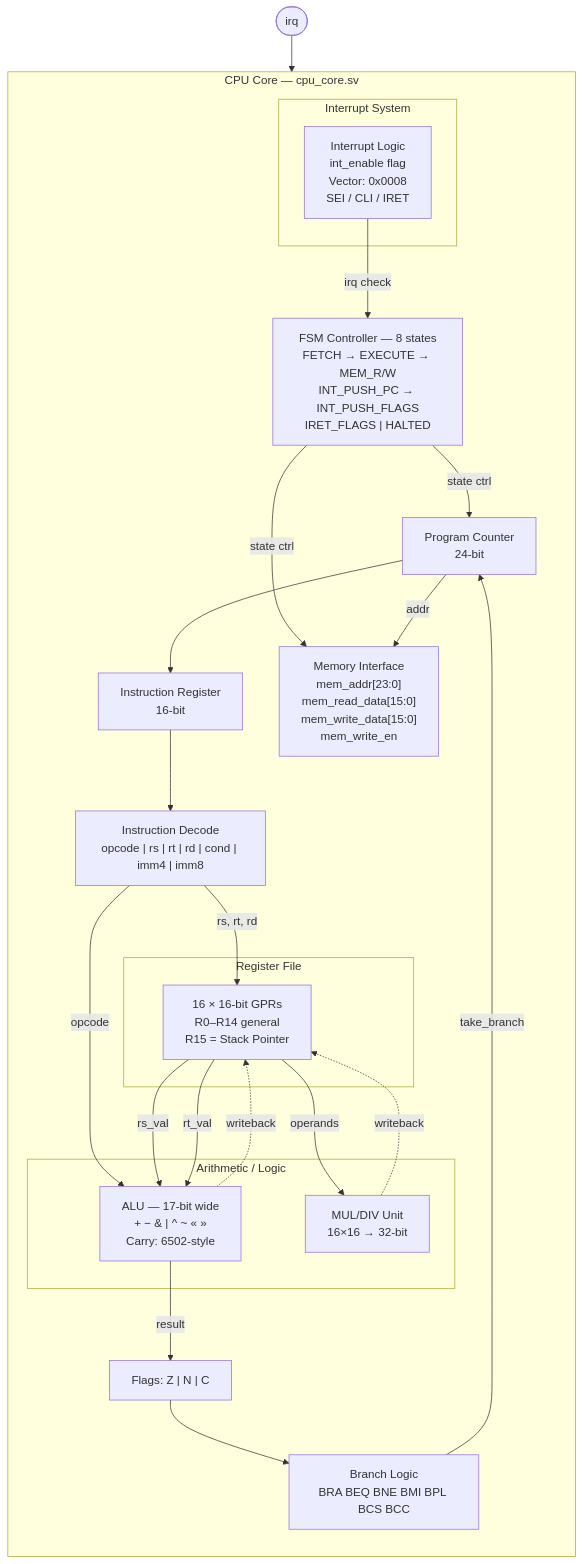
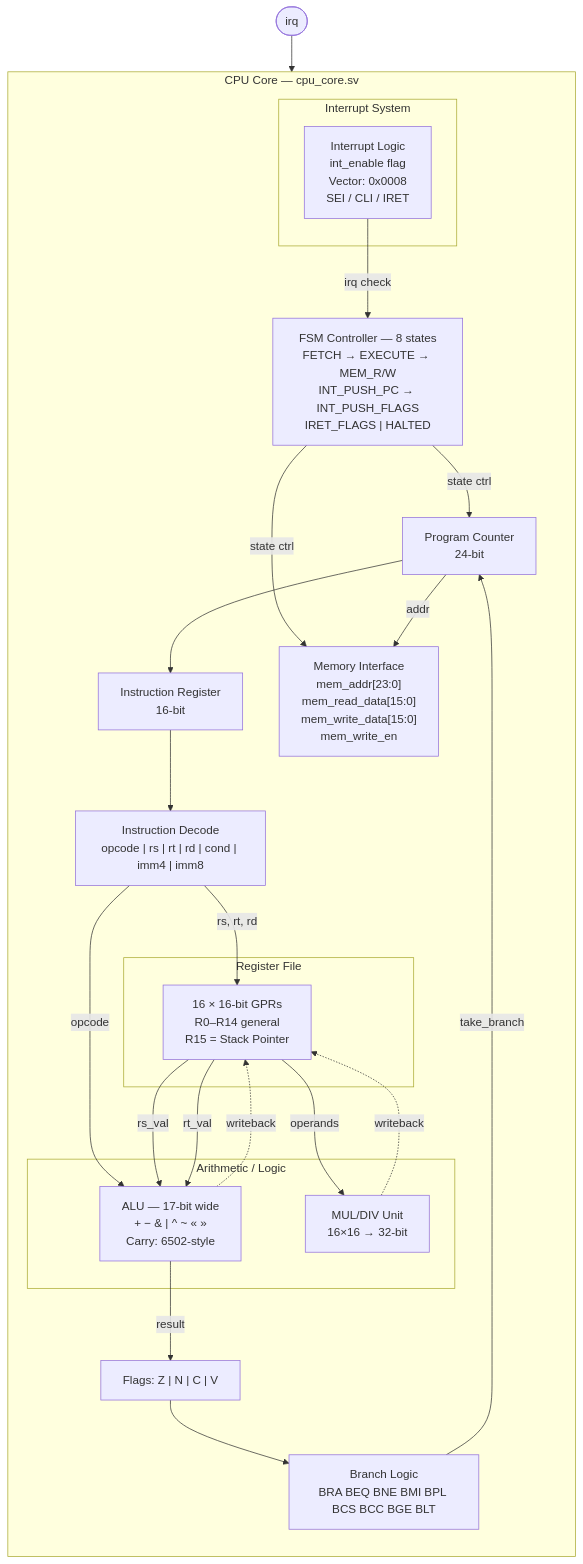
One commit to ellisgl/U1624 changed the first of 3 diagrams in README.md. Above: the diagram before and after it, drawn with Mermaid. The commit also changed other lines of this file and 3 other files, not shown here.

First line of the commit message:
Add BGE/BLT signed comparison branches with overflow flag

````diff
--- a/README.md
+++ b/README.md
@@ -226,49 +229,49 @@
 ```mermaid
 graph TB
     subgraph core["CPU Core — cpu_core.sv"]
         direction TB
 
         PC["Program Counter\n24-bit"]
         IR["Instruction Register\n16-bit"]
         DEC["Instruction Decode\nopcode | rs | rt | rd | cond | imm4 | imm8"]
 
         subgraph regfile["Register File"]
             RF["16 × 16-bit GPRs\nR0–R14 general\nR15 = Stack Pointer"]
         end
 
         subgraph alu_block["Arithmetic / Logic"]
             ALU["ALU — 17-bit wide\n+ − & | ^ ~ « »\nCarry: 6502-style"]
             MULDIV["MUL/DIV Unit\n16×16 → 32-bit"]
         end
 
-        FLAGS["Flags: Z | N | C"]
-        BRANCH["Branch Logic\nBRA BEQ BNE BMI BPL BCS BCC"]
+        FLAGS["Flags: Z | N | C | V"]
+        BRANCH["Branch Logic\nBRA BEQ BNE BMI BPL BCS BCC BGE BLT"]
 
         subgraph interrupt["Interrupt System"]
             INT["Interrupt Logic\nint_enable flag\nVector: 0x0008\nSEI / CLI / IRET"]
         end
 
         FSM["FSM Controller — 8 states\nFETCH → EXECUTE → MEM_R/W\nINT_PUSH_PC → INT_PUSH_FLAGS\nIRET_FLAGS | HALTED"]
 
         MEM["Memory Interface\nmem_addr[23:0]\nmem_read_data[15:0]\nmem_write_data[15:0]\nmem_write_en"]
     end
 
     PC --> IR
     IR --> DEC
     DEC -->|"rs, rt, rd"| RF
     DEC -->|"opcode"| ALU
     RF -->|"rs_val"| ALU
     RF -->|"rt_val"| ALU
     RF -->|"operands"| MULDIV
     ALU -->|"result"| FLAGS
     ALU -.->|"writeback"| RF
     MULDIV -.->|"writeback"| RF
     FLAGS --> BRANCH
     BRANCH -->|"take_branch"| PC
     INT -->|"irq check"| FSM
     FSM -->|"state ctrl"| PC
     FSM -->|"state ctrl"| MEM
     PC -->|"addr"| MEM
 
     IRQ_IN(["irq"]) --> INT
 ```
````
